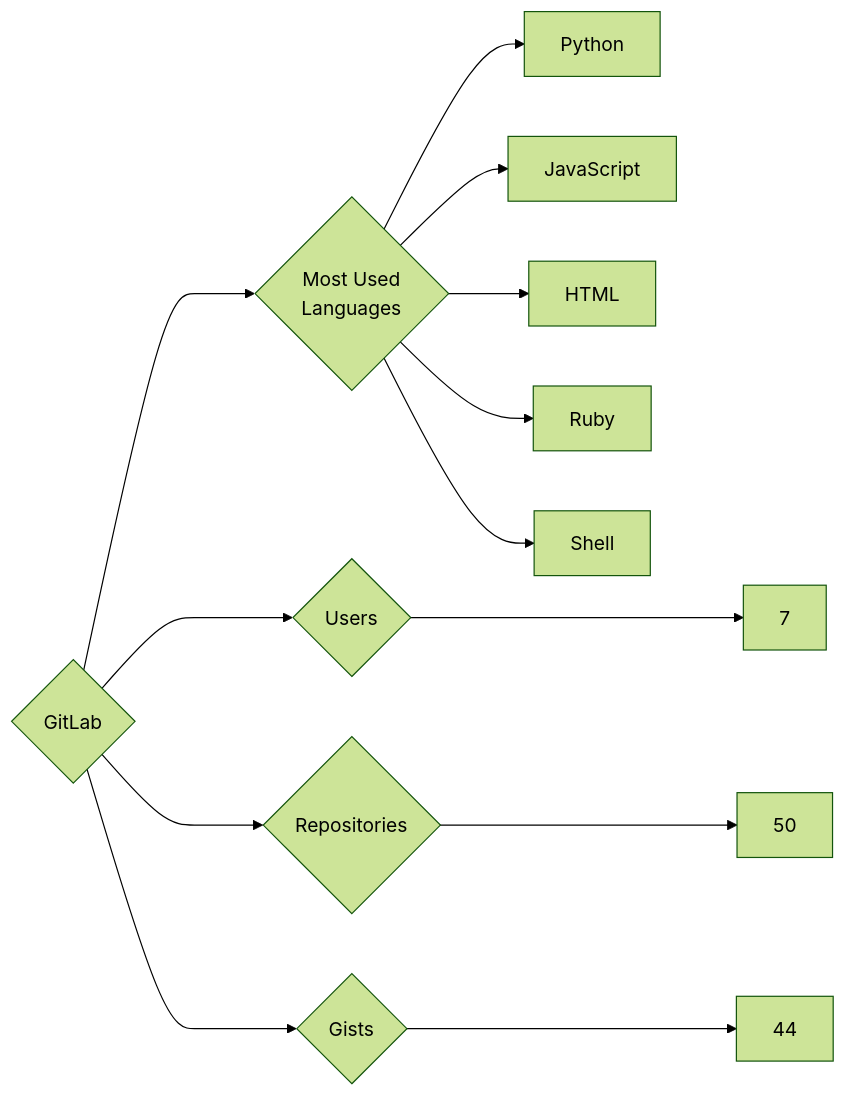
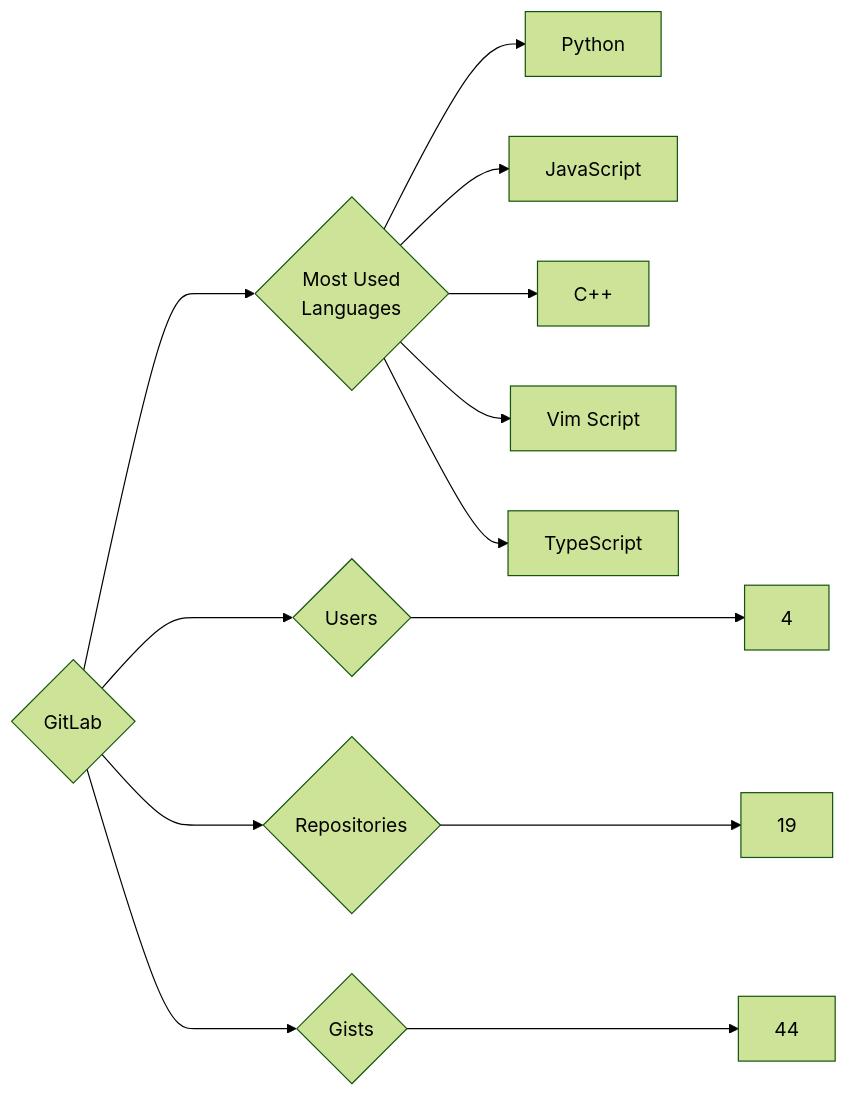
The diagram in targets/GitLab/README.md (trickest/insiders), drawn with Mermaid (forest theme) before and after one commit. The commit also changed 857 other files, not shown here.

````diff
--- a/targets/GitLab/README.md
+++ b/targets/GitLab/README.md
@@ -3,13 +3,13 @@
 ```mermaid
 graph LR
 COMPANY_NAME{GitLab}
-COMPANY_NAME ---> U{Users} ---> UN[7]
-COMPANY_NAME ---> R{Repositories} ---> RN[50]
+COMPANY_NAME ---> U{Users} ---> UN[4]
+COMPANY_NAME ---> R{Repositories} ---> RN[19]
 COMPANY_NAME ---> G{Gists} ---> GN[44]
 COMPANY_NAME ---> ML{Most Used<br>Languages}
 ML --> Python[Python]
 ML --> JavaScript[JavaScript]
-ML --> HTML[HTML]
-ML --> Ruby[Ruby]
-ML --> Shell[Shell]
+ML --> C++[C++]
+ML --> Vim_Script[Vim Script]
+ML --> TypeScript[TypeScript]
 ```
````
